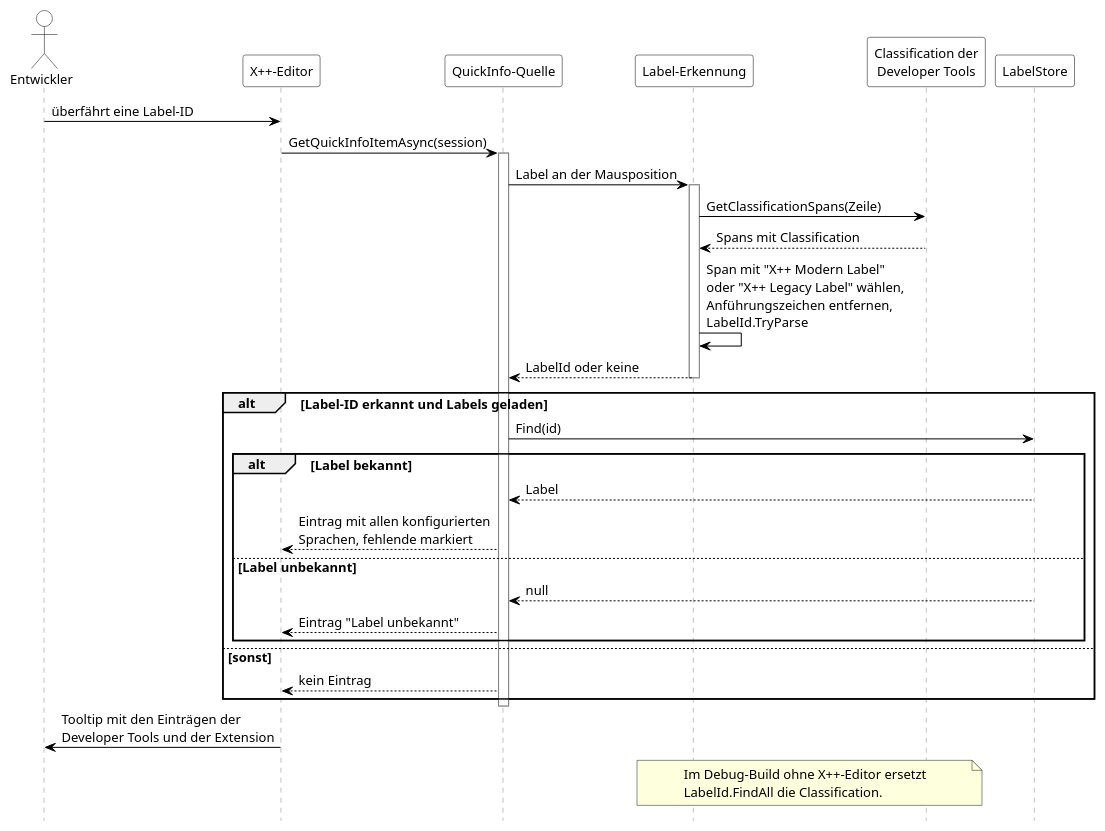
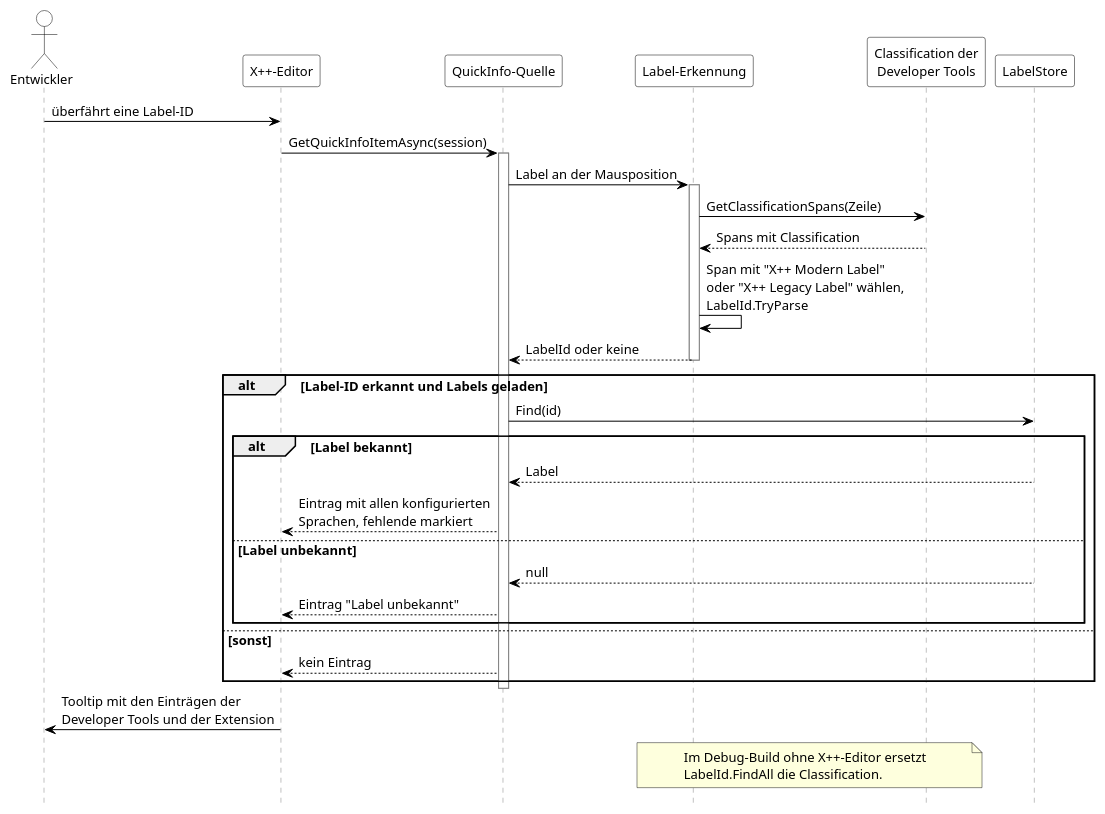
One commit to Adyrem/diploma-label-localization changed the diagram in documentation/diagrams/Sequenz_Tooltip.puml. Above: the diagram before and after it, drawn with PlantUML. The commit also changed 19 other files, not shown here.

Commit message:
Konzept überarbeitet: Festlegungen und fachliche Regeln verteilt, Diagramme kompakter, Sequenz zum Sprung, weniger Verweise, Aufwand AP5.3

```diff
--- a/documentation/diagrams/Sequenz_Tooltip.puml
+++ b/documentation/diagrams/Sequenz_Tooltip.puml
@@ -1,53 +1,53 @@
 @startuml
 ' Sequenz beim Überfahren einer Label-ID im X++-Editor.
 ' Rendern: plantuml -tpng -charset UTF-8 Sequenz_Tooltip.puml
 
 skinparam defaultFontSize 13
 skinparam shadowing false
 skinparam sequence {
   ParticipantBackgroundColor White
   ParticipantBorderColor Black
   ActorBackgroundColor White
   ActorBorderColor Black
   LifeLineBorderColor Gray
   ArrowColor Black
 }
 hide footbox
 
 actor "Entwickler" as DEV
 participant "X++-Editor" as ED
 participant "QuickInfo-Quelle" as QI
 participant "Label-Erkennung" as REC
 participant "Classification der\nDeveloper Tools" as CL
 participant "LabelStore" as STORE
 
 DEV -> ED : überfährt eine Label-ID
 ED -> QI : GetQuickInfoItemAsync(session)
 activate QI
 QI -> REC : Label an der Mausposition
 activate REC
 REC -> CL : GetClassificationSpans(Zeile)
 CL --> REC : Spans mit Classification
-REC -> REC : Span mit "X++ Modern Label"\noder "X++ Legacy Label" wählen,\nAnführungszeichen entfernen,\nLabelId.TryParse
+REC -> REC : Span mit "X++ Modern Label"\noder "X++ Legacy Label" wählen,\nLabelId.TryParse
 REC --> QI : LabelId oder keine
 deactivate REC
 alt Label-ID erkannt und Labels geladen
   QI -> STORE : Find(id)
   alt Label bekannt
     STORE --> QI : Label
     QI --> ED : Eintrag mit allen konfigurierten\nSprachen, fehlende markiert
   else Label unbekannt
     STORE --> QI : null
     QI --> ED : Eintrag "Label unbekannt"
   end
 else sonst
   QI --> ED : kein Eintrag
 end
 deactivate QI
 ED -> DEV : Tooltip mit den Einträgen der\nDeveloper Tools und der Extension
 
 note over REC, CL
   Im Debug-Build ohne X++-Editor ersetzt
   LabelId.FindAll die Classification.
 end note
 @enduml
```
